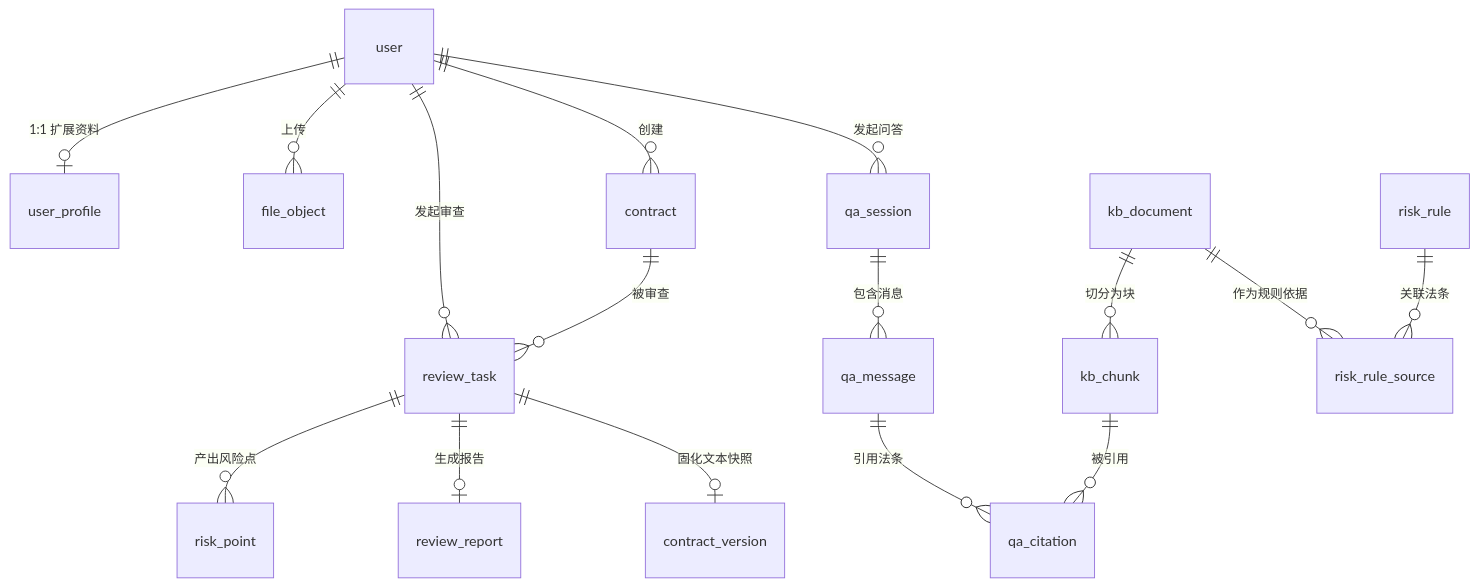
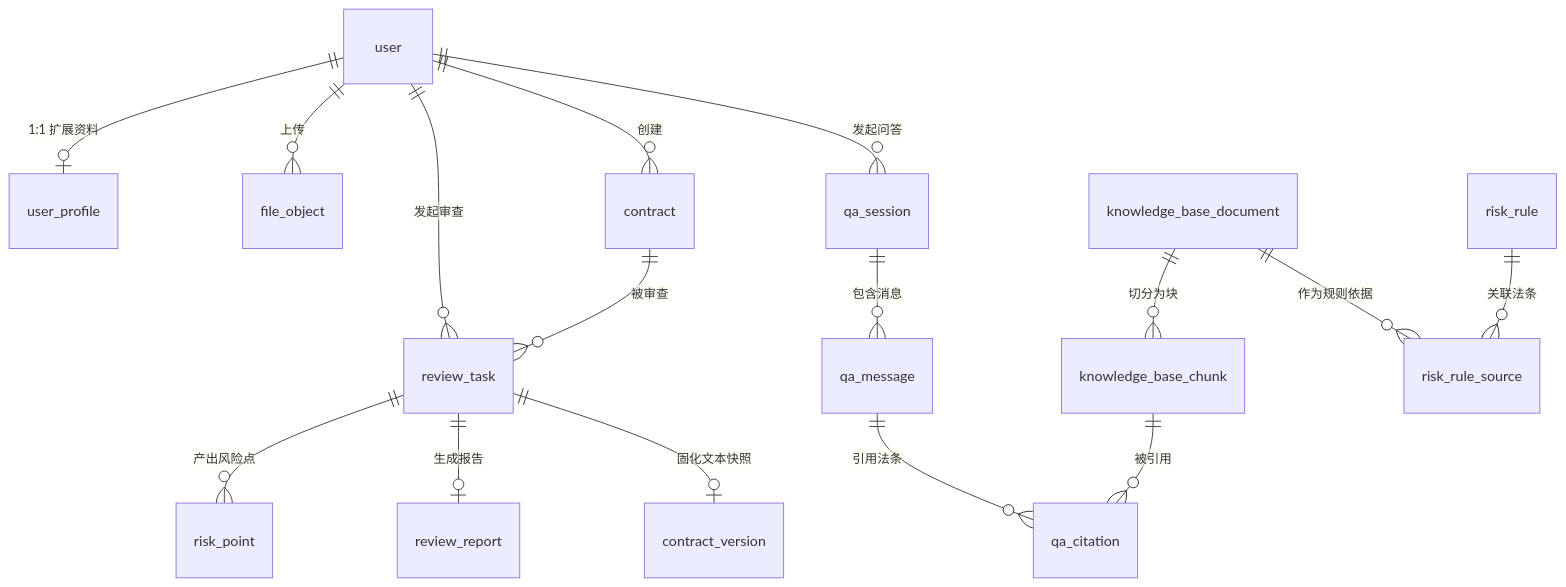
One commit to licat2023/law-wiz changed the diagram in docs/04-数据库设计.md. Above: the diagram before and after it, drawn with Mermaid. The commit also changed other lines of this file and 134 other files, not shown here.

````diff
--- a/docs/04-数据库设计.md
+++ b/docs/04-数据库设计.md
@@ -112,18 +117,18 @@
 ```mermaid
 erDiagram
     user ||--o| user_profile : "1:1 扩展资料"
     user ||--o{ file_object : "上传"
     user ||--o{ contract : "创建"
     user ||--o{ review_task : "发起审查"
     user ||--o{ qa_session : "发起问答"
     contract ||--o{ review_task : "被审查"
     review_task ||--o{ risk_point : "产出风险点"
     review_task ||--o| review_report : "生成报告"
     review_task ||--o| contract_version : "固化文本快照"
     qa_session ||--o{ qa_message : "包含消息"
     qa_message ||--o{ qa_citation : "引用法条"
-    kb_document ||--o{ kb_chunk : "切分为块"
-    kb_chunk ||--o{ qa_citation : "被引用"
-    kb_document ||--o{ risk_rule_source : "作为规则依据"
+    knowledge_base_document ||--o{ knowledge_base_chunk : "切分为块"
+    knowledge_base_chunk ||--o{ qa_citation : "被引用"
+    knowledge_base_document ||--o{ risk_rule_source : "作为规则依据"
     risk_rule ||--o{ risk_rule_source : "关联法条"
 ```
````
